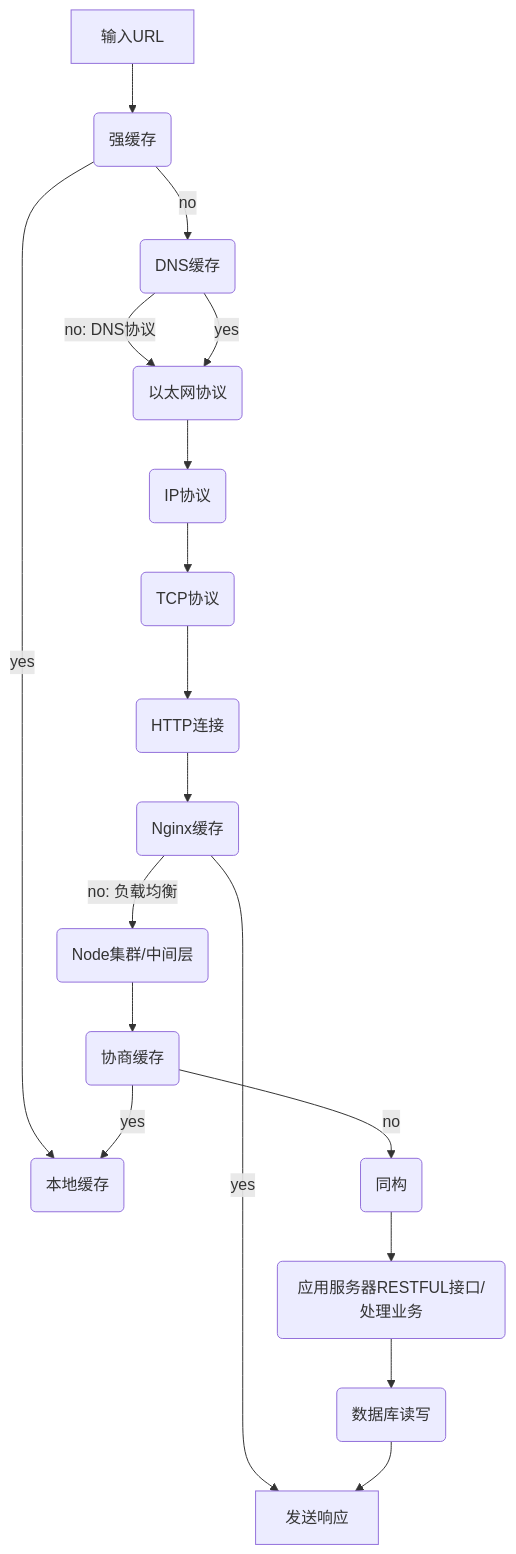
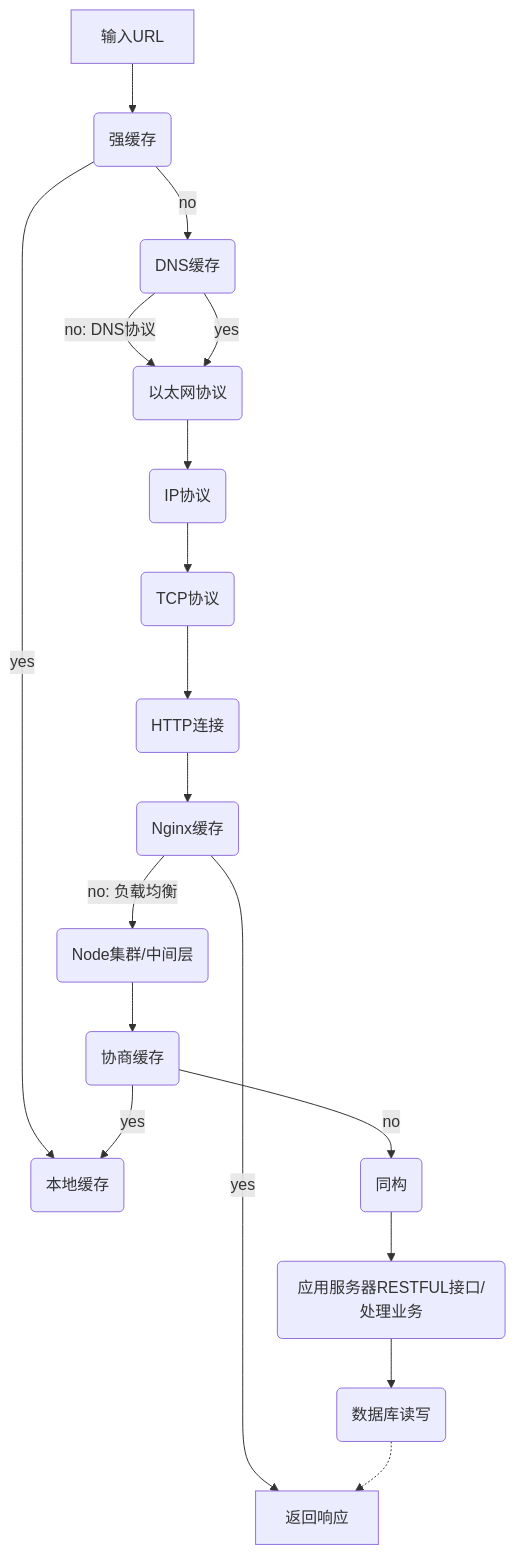
The first of 2 diagrams in 前端性能优化.md (ZhouQunying/Blog), drawn with Mermaid before and after one commit. The commit also changed other lines of this file, not shown here.

````diff
--- a/前端性能优化.md
+++ b/前端性能优化.md
@@ -5,21 +3,22 @@
 ```mermaid
 graph TD
 A[输入URL] --> B(强缓存)
 B --> |no| C(DNS缓存)
 B --> |yes| O
 C --> |no: DNS协议| D(以太网协议)
 C --> |yes| D
 D --> E(IP协议)
 E --> F(TCP协议)
 F --> G(HTTP连接)
 G --> H(Nginx缓存)
 H --> |no: 负载均衡| I(Node集群/中间层)
-H --> |yes| N
+H --> |yes| P
 I --> J(协商缓存)
 J --> |no| K(同构)
 J --> |yes| O
-K --> L(应用服务器RESTFUL接口/处理业务)
-L --> M(数据库读写)
-M --> N[发送响应]
+K --> N(应用服务器RESTFUL接口/处理业务)
+N --> M(数据库读写)
+M -.-> P
 O(本地缓存)
+P[返回响应]
 ```
````
